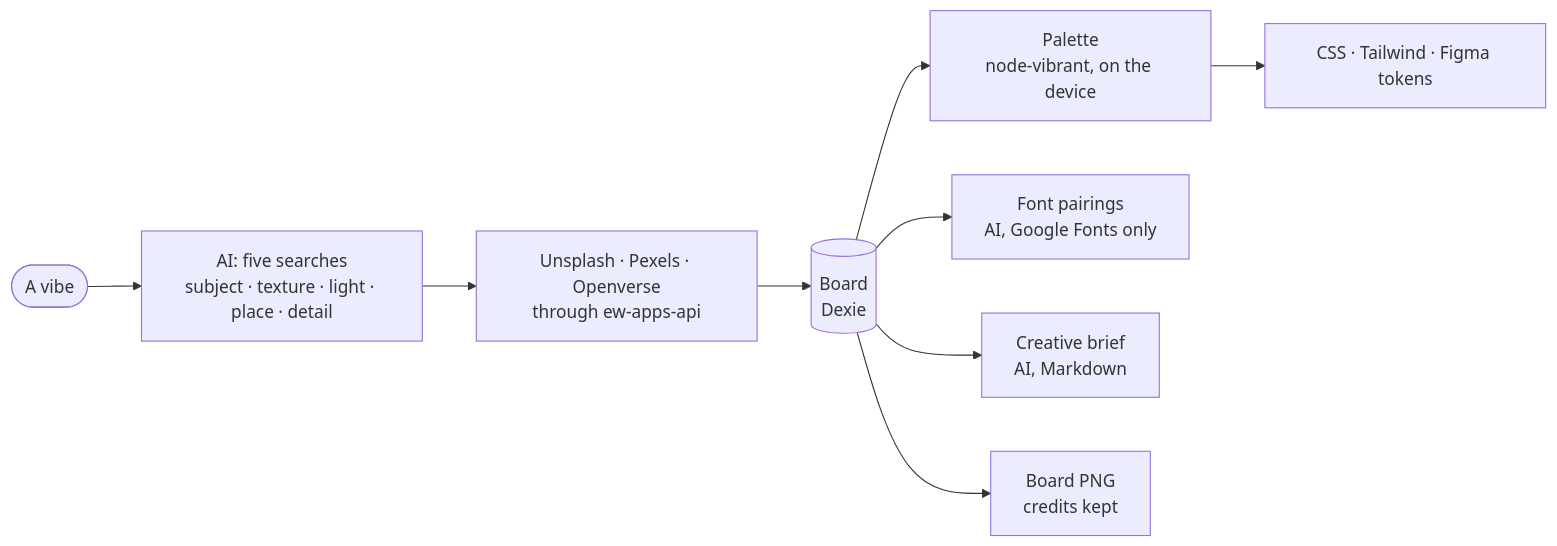
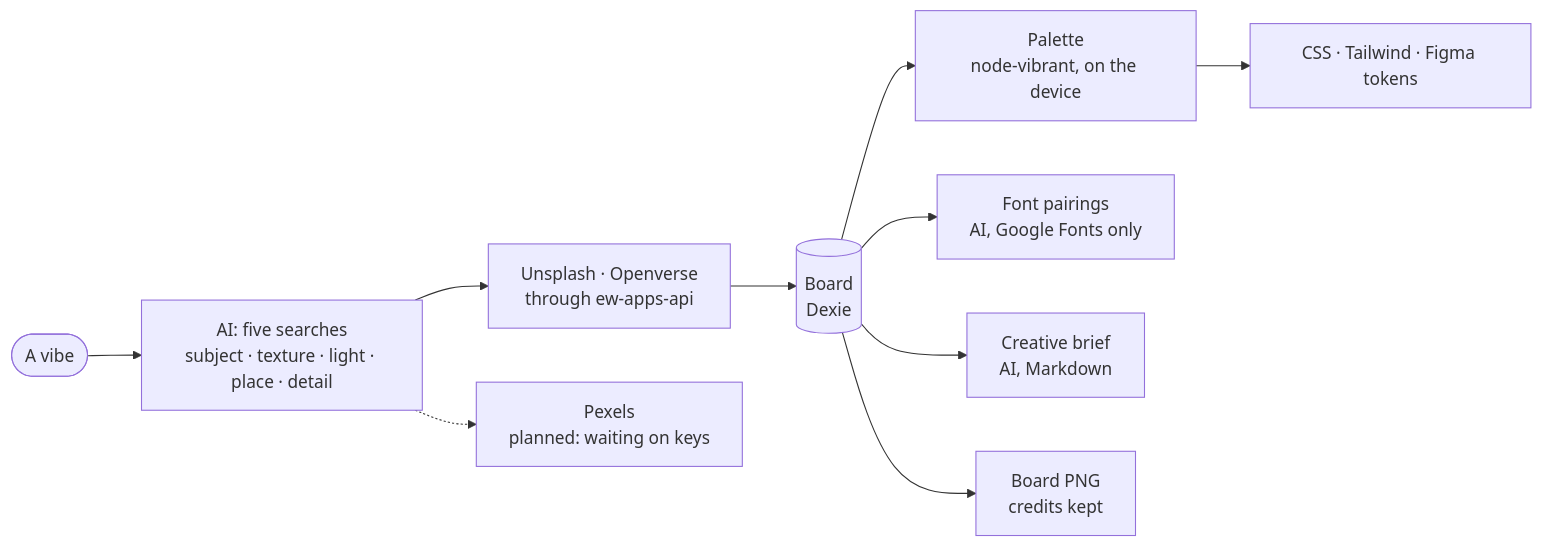
Before and after one commit to emwil23/pixe: the first of 4 diagrams in README.md, drawn with Mermaid. The commit also changed other lines of this file and 1 other file, not shown here.

First line of the commit message:
README: Pexels shown as planned, a versions section, a closing image

````diff
--- a/README.md
+++ b/README.md
@@ -38,11 +38,12 @@
 ```mermaid
 flowchart LR
     V([A vibe]) --> Q[AI: five searches<br/>subject · texture · light · place · detail]
-    Q --> S[Unsplash · Pexels · Openverse<br/>through ew-apps-api]
+    Q --> S[Unsplash · Openverse<br/>through ew-apps-api]
+    Q -.-> PXP[Pexels<br/>planned: waiting on keys]
     S --> B[(Board<br/>Dexie)]
     B --> P[Palette<br/>node-vibrant, on the device]
     B --> F[Font pairings<br/>AI, Google Fonts only]
     B --> BR[Creative brief<br/>AI, Markdown]
     P --> X[CSS · Tailwind · Figma tokens]
     B --> PNG[Board PNG<br/>credits kept]
 ```
````
